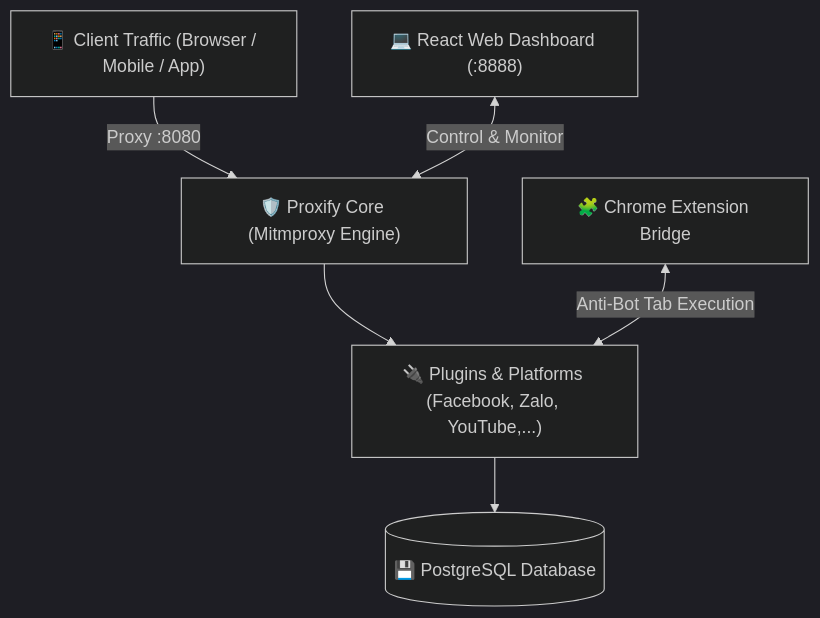
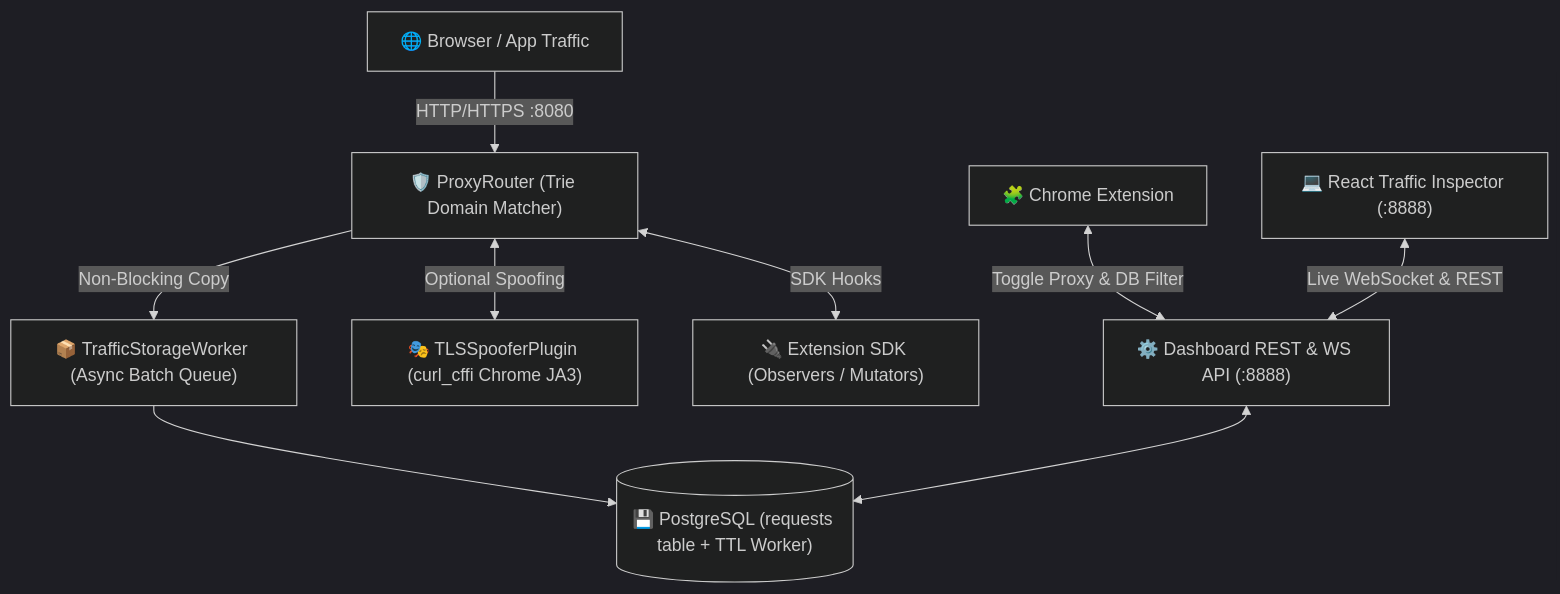
The diagram in README.md (tmph2003/Proxify), drawn with Mermaid (dark theme) before and after one commit. The commit also changed other lines of this file and 16 other files, not shown here.

````diff
--- a/README.md
+++ b/README.md
@@ -150,9 +134,11 @@
 ```mermaid
 graph TD
-    Client["📱 Client Traffic (Browser / Mobile / App)"] -->|Proxy :8080| Core["🛡️ Proxify Core (Mitmproxy Engine)"]
-    Core --> Plugins["🔌 Plugins & Platforms (Facebook, Zalo, YouTube,...)"]
-    Plugins --> DB[("💾 PostgreSQL Database")]
-    
-    UI["💻 React Web Dashboard (:8888)"] <-->|Control & Monitor| Core
-    Extension["🧩 Chrome Extension Bridge"] <-->|Anti-Bot Tab Execution| Plugins
+    Client["🌐 Browser / App Traffic"] -->|HTTP/HTTPS :8080| Router["🛡️ ProxyRouter (Trie Domain Matcher)"]
+    Ext["🧩 Chrome Extension"] <-->|Toggle Proxy & DB Filter| API["⚙️ Dashboard REST & WS API (:8888)"]
+    Router -->|Non-Blocking Copy| Storage["📦 TrafficStorageWorker (Async Batch Queue)"]
+    Router <-->|Optional Spoofing| TLS["🎭 TLSSpooferPlugin (curl_cffi Chrome JA3)"]
+    Router <-->|SDK Hooks| SDK["🔌 Extension SDK (Observers / Mutators)"]
+    Storage --> DB[("💾 PostgreSQL (requests table + TTL Worker)")]
+    UI["💻 React Traffic Inspector (:8888)"] <-->|Live WebSocket & REST| API
+    API <--> DB
 ```
````
